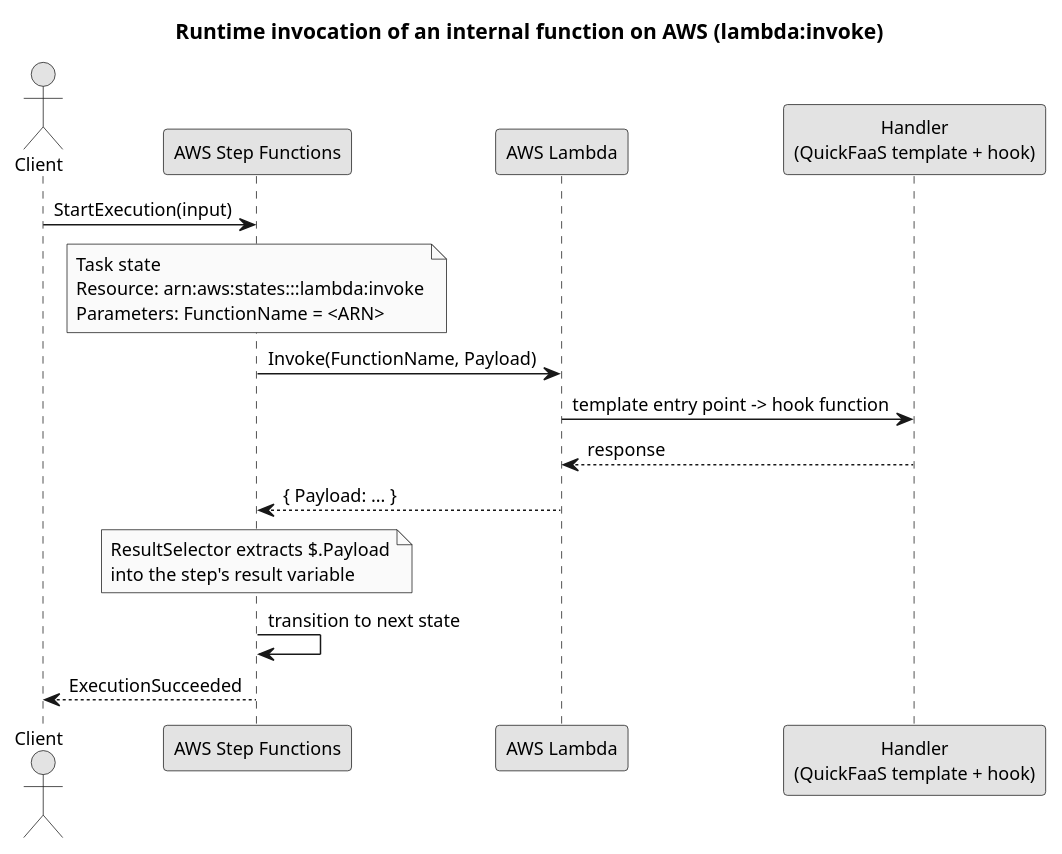
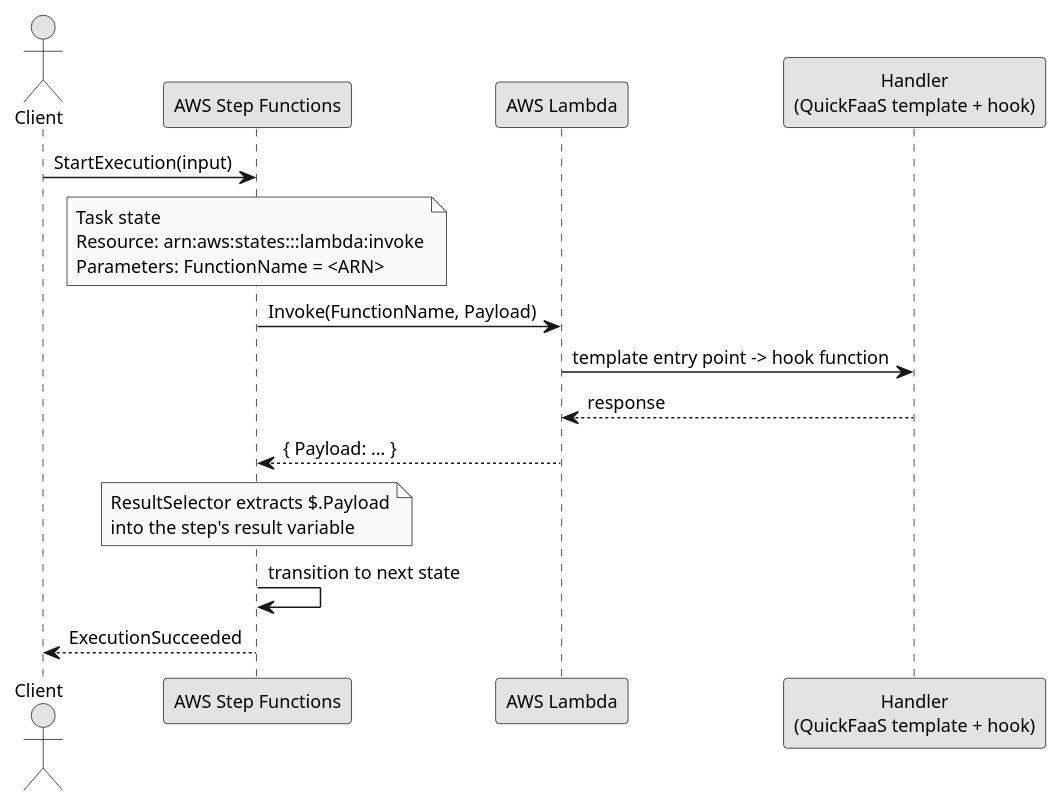
The diagram in diagrams/aws-runtime-invocation.puml (EngenheiroPedroCarvalho/ISEL-Thesis-2526), drawn with PlantUML before and after one commit. The commit also changed 52 other files, not shown here.

First line of the commit message:
Drop diagram titles and use "deployment" in the Resumo

```diff
--- a/diagrams/aws-runtime-invocation.puml
+++ b/diagrams/aws-runtime-invocation.puml
@@ -1,28 +1,26 @@
 @startuml aws-runtime-invocation
 skinparam monochrome true
 skinparam shadowing false
 skinparam defaultFontSize 12
-title Runtime invocation of an internal function on AWS (lambda:invoke)
-
 actor "Client" as U
 participant "AWS Step Functions" as SFN
 participant "AWS Lambda" as L
 participant "Handler\n(QuickFaaS template + hook)" as H
 
 U -> SFN : StartExecution(input)
 note over SFN
   Task state
   Resource: arn:aws:states:::lambda:invoke
   Parameters: FunctionName = <ARN>
 end note
 SFN -> L : Invoke(FunctionName, Payload)
 L -> H : template entry point -> hook function
 H --> L : response
 L --> SFN : { Payload: ... }
 note over SFN
   ResultSelector extracts $.Payload
   into the step's result variable
 end note
 SFN -> SFN : transition to next state
 SFN --> U : ExecutionSucceeded
 @enduml
```
